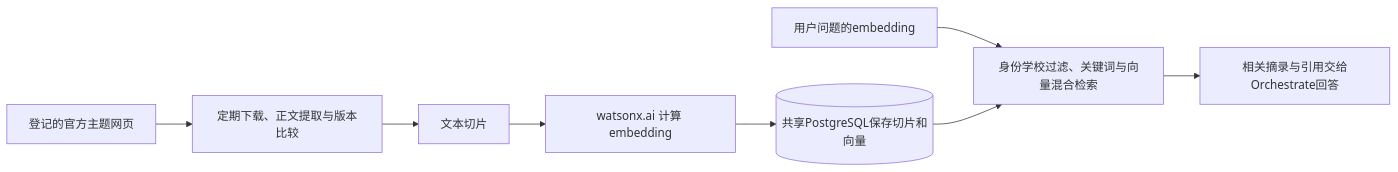
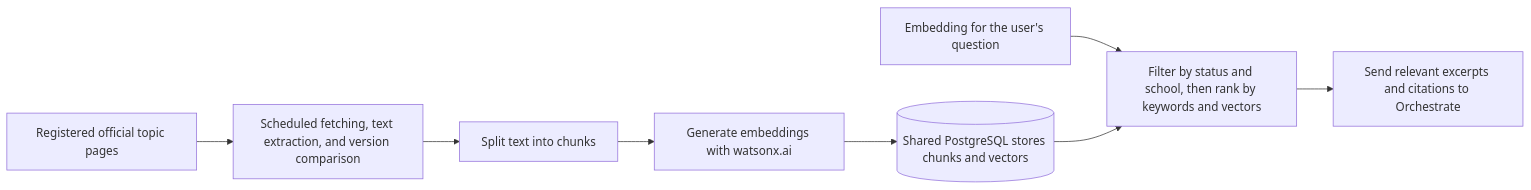
One commit to felixyuzhenyang/Staytus changed the diagram in docs/DATA_STORAGE_AND_RAG.md. Above: the diagram before and after it, drawn with Mermaid. The commit also changed other lines of this file and 25 other files, not shown here.

````diff
--- a/docs/DATA_STORAGE_AND_RAG.md
+++ b/docs/DATA_STORAGE_AND_RAG.md
@@ -21,10 +23,10 @@
 ```mermaid
 flowchart LR
-  S[登记的官方主题网页] --> F[定期下载、正文提取与版本比较]
-  F --> T[文本切片]
-  T --> E[watsonx.ai 计算 embedding]
-  E --> D[(共享PostgreSQL保存切片和向量)]
-  Q[用户问题的embedding] --> R[身份学校过滤、关键词与向量混合检索]
+  S["Registered official topic pages"] --> F["Scheduled fetching, text extraction, and version comparison"]
+  F --> T["Split text into chunks"]
+  T --> E["Generate embeddings with watsonx.ai"]
+  E --> D[("Shared PostgreSQL stores chunks and vectors")]
+  Q["Embedding for the user's question"] --> R["Filter by status and school, then rank by keywords and vectors"]
   D --> R
-  R --> A[相关摘录与引用交给Orchestrate回答]
+  R --> A["Send relevant excerpts and citations to Orchestrate"]
 ```
````
